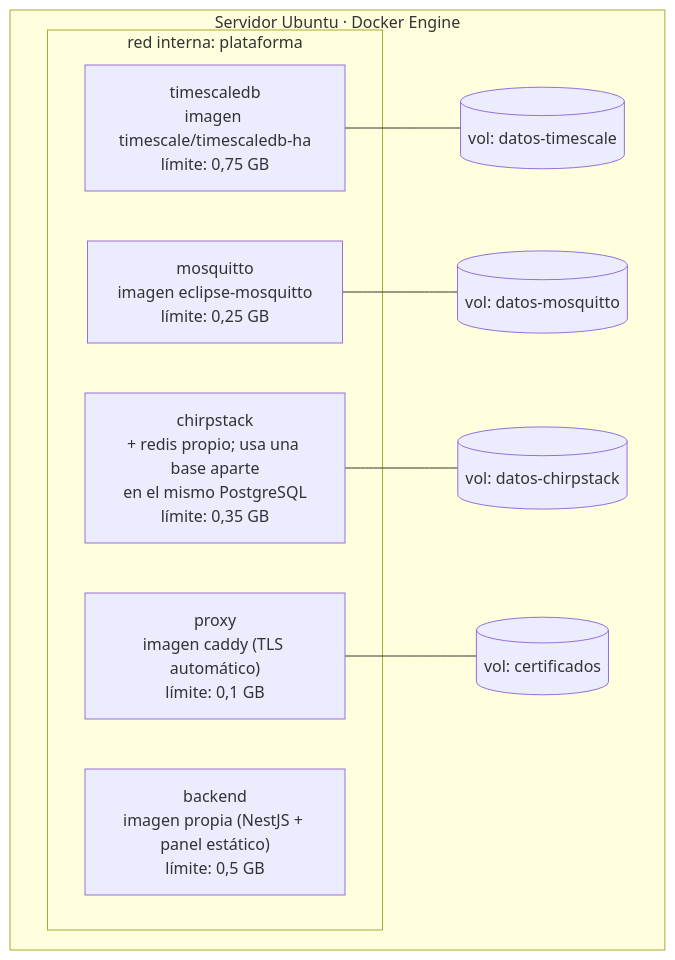
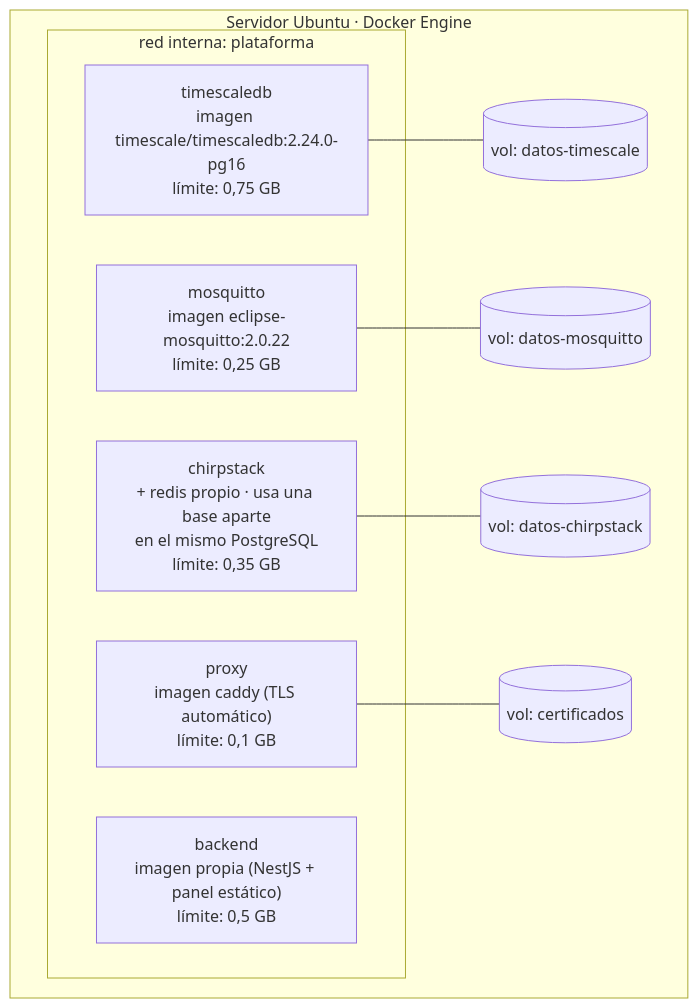
Before and after one commit to vicenterami/tesis: the sixth of 6 diagrams in docs/10-arquitectura.md, drawn with Mermaid. The commit also changed other lines of this file, not shown here.

Commit message:
Corrige el diagrama de secuencia del pipeline que no renderizaba en GitHub
Mermaid usa ';' como separador de instrucciones; dos textos del diagrama 4 lo
contenian y rompian el parseo. Se reemplaza por '·'. Actualiza las etiquetas
de imagen del despliegue a las versiones fijadas en el Compose.

````diff
--- a/docs/10-arquitectura.md
+++ b/docs/10-arquitectura.md
@@ -236,20 +236,20 @@
 ```mermaid
 flowchart TB
     subgraph HOST["Servidor Ubuntu · Docker Engine"]
         subgraph NET["red interna: plataforma"]
-            C1["mosquitto\nimagen eclipse-mosquitto\nlímite: 0,25 GB"]
-            C2["chirpstack\n+ redis propio; usa una base aparte\nen el mismo PostgreSQL\nlímite: 0,35 GB"]
-            C3["timescaledb\nimagen timescale/timescaledb-ha\nlímite: 0,75 GB"]
+            C1["mosquitto\nimagen eclipse-mosquitto:2.0.22\nlímite: 0,25 GB"]
+            C2["chirpstack\n+ redis propio · usa una base aparte\nen el mismo PostgreSQL\nlímite: 0,35 GB"]
+            C3["timescaledb\nimagen timescale/timescaledb:2.24.0-pg16\nlímite: 0,75 GB"]
             C4["backend\nimagen propia (NestJS + panel estático)\nlímite: 0,5 GB"]
             C5["proxy\nimagen caddy (TLS automático)\nlímite: 0,1 GB"]
         end
         V1[("vol: datos-timescale")]
         V2[("vol: datos-mosquitto")]
         V3[("vol: datos-chirpstack")]
         V4[("vol: certificados")]
     end
     C3 --- V1
     C1 --- V2
     C2 --- V3
     C5 --- V4
 ```
````
